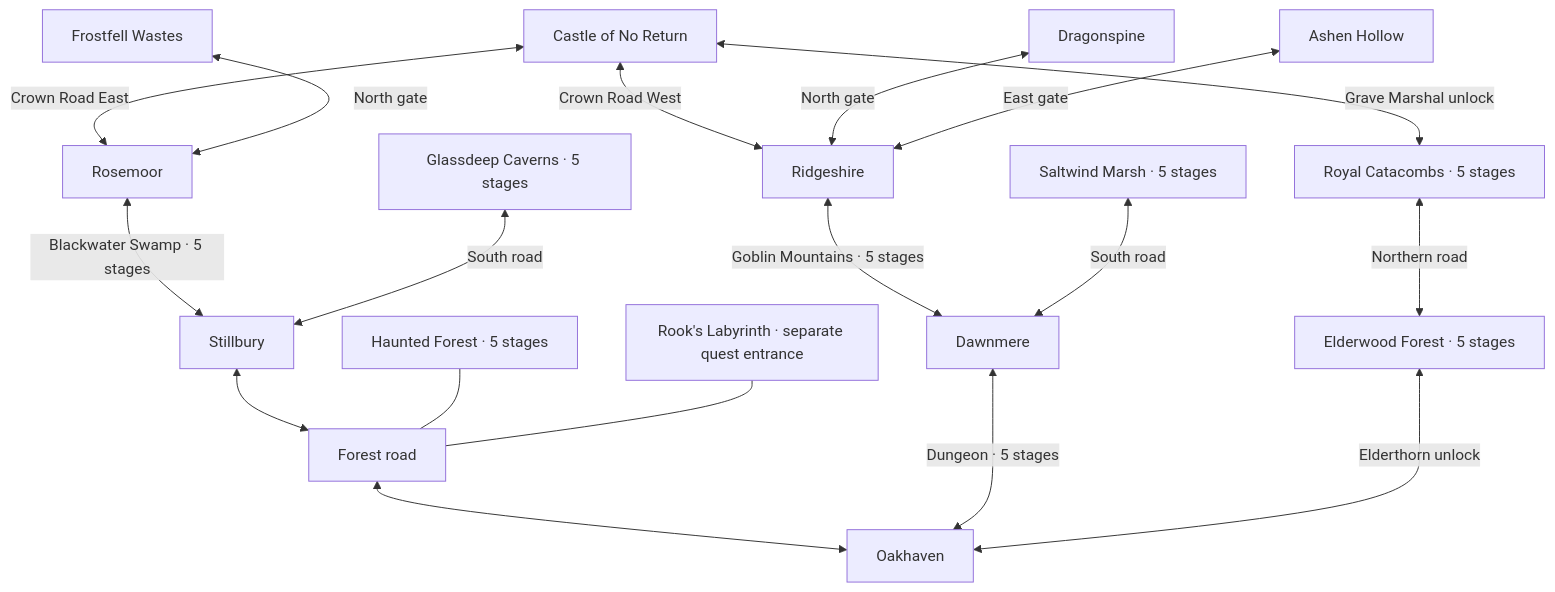
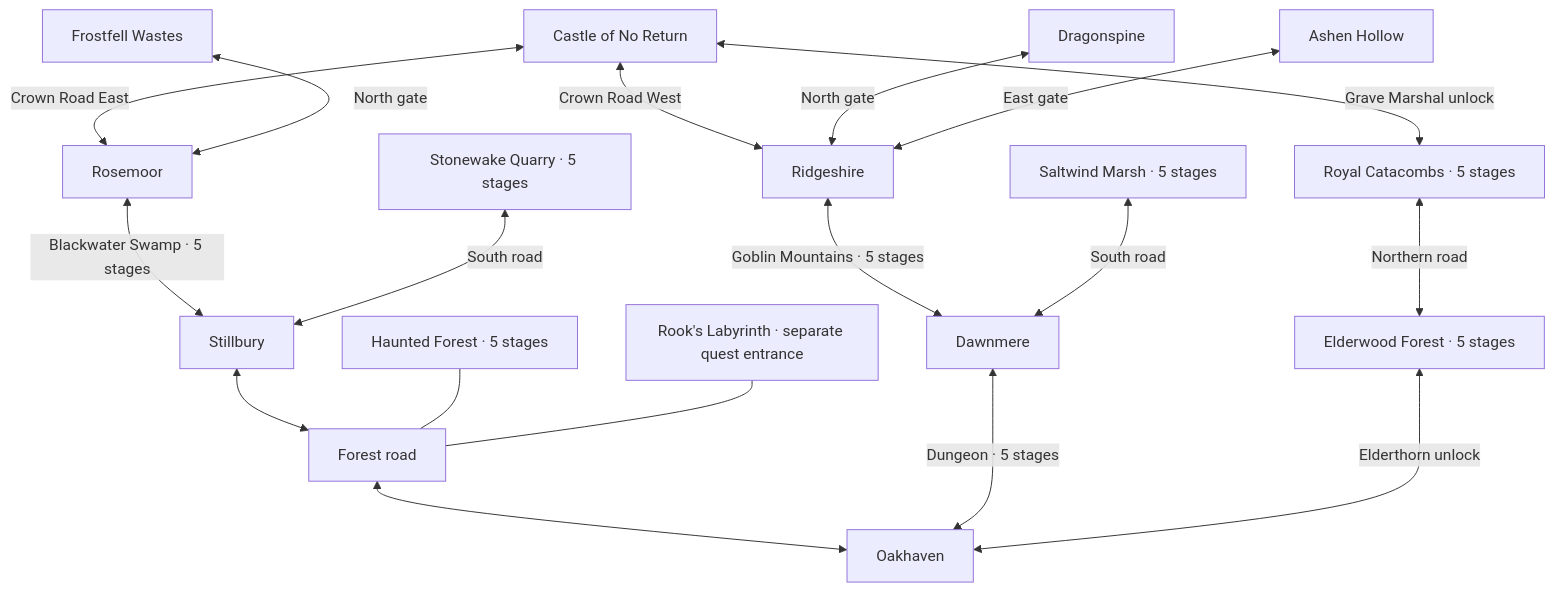
The diagram in docs/five-town-expansion.md (christsantiris/c_rpg), drawn with Mermaid before and after one commit. The commit also changed other lines of this file and 77 other files, not shown here.

Commit message:
Replace caverns with quarry area

````diff
--- a/docs/five-town-expansion.md
+++ b/docs/five-town-expansion.md
@@ -10,20 +10,20 @@
 ```mermaid
 flowchart BT
     Oak[Oakhaven] <--> Road[Forest road]
     Road <--> Still[Stillbury]
     Road --- Forest[Haunted Forest · 5 stages]
     Road --- Maze[Rook's Labyrinth · separate quest entrance]
     Still <-->|Blackwater Swamp · 5 stages| Rose[Rosemoor]
     Rose <-->|Crown Road East| Castle[Castle of No Return]
     Oak <-->|Dungeon · 5 stages| Dawn[Dawnmere]
     Dawn <-->|Goblin Mountains · 5 stages| Ridge[Ridgeshire]
     Dawn <-->|South road| Salt[Saltwind Marsh · 5 stages]
-    Still <-->|South road| Glass[Glassdeep Caverns · 5 stages]
+    Still <-->|South road| Quarry[Stonewake Quarry · 5 stages]
     Ridge <-->|Crown Road West| Castle
     Oak <-->|Elderthorn unlock| Elder[Elderwood Forest · 5 stages]
     Elder <-->|Northern road| Cat[Royal Catacombs · 5 stages]
     Cat <-->|Grave Marshal unlock| Castle
     Rose <-->|North gate| Frost[Frostfell Wastes]
     Ridge <-->|North gate| Dragon[Dragonspine]
     Ridge <-->|East gate| Ashen[Ashen Hollow]
 ```
````
